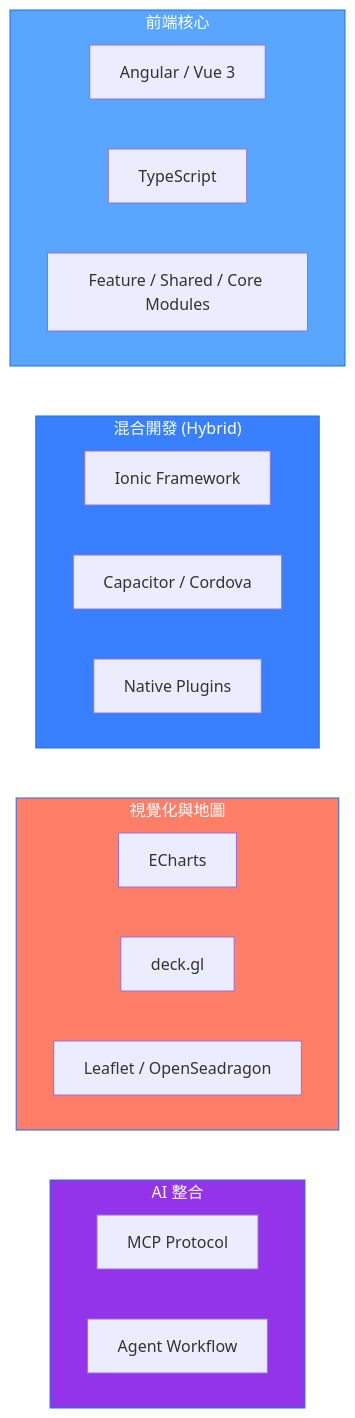
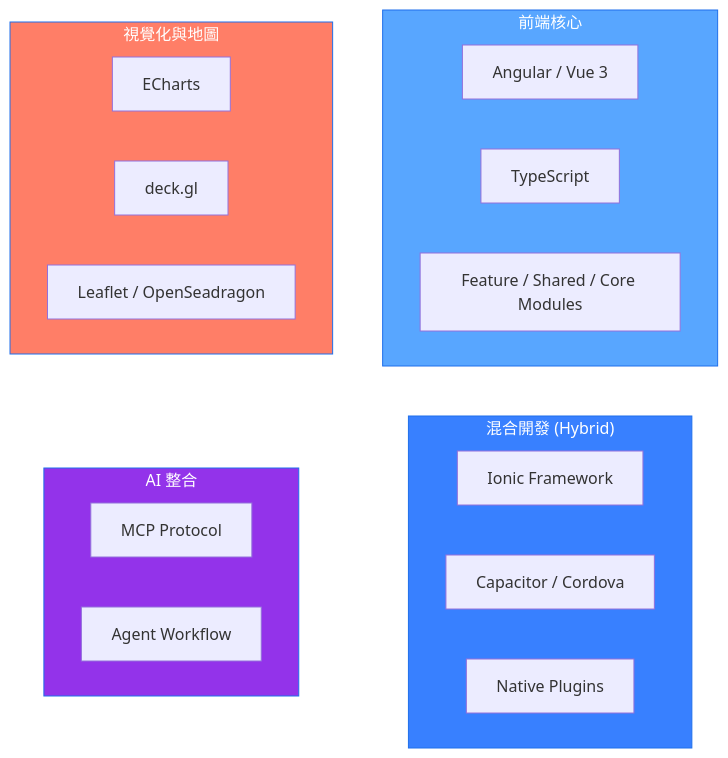
The diagram in README.md (Yang-tzu-yi/Yang-tzu-yi), drawn with Mermaid before and after one commit.

````diff
--- a/README.md
+++ b/README.md
@@ -58,32 +58,33 @@
 ```mermaid
 graph TB
     subgraph Frontend["前端核心"]
         A1[Angular / Vue 3]
         A2[TypeScript]
         A3[Feature / Shared / Core Modules]
     end
 
     subgraph Mobile["混合開發 (Hybrid)"]
         M1[Ionic Framework]
         M2[Capacitor / Cordova]
         M3[Native Plugins]
     end
     
     subgraph Visualization["視覺化與地圖"]
         B1[ECharts]
         B2[deck.gl]
         B3[Leaflet / OpenSeadragon]
     end
     
     subgraph AI["AI 整合"]
         C1[MCP Protocol]
         C2[Agent Workflow]
     end
 
-    Frontend ~~~ Mobile ~~~ Visualization ~~~ AI
+    Frontend ~~~ Mobile
+    Visualization ~~~ AI
     
     style Frontend fill:#58A6FF,stroke:#1F6FEB,color:#fff
     style Mobile fill:#3880FF,stroke:#1F6FEB,color:#fff
     style Visualization fill:#FF7E67,stroke:#1F6FEB,color:#fff
     style AI fill:#9333EA,stroke:#1F6FEB,color:#fff
 ```
````
